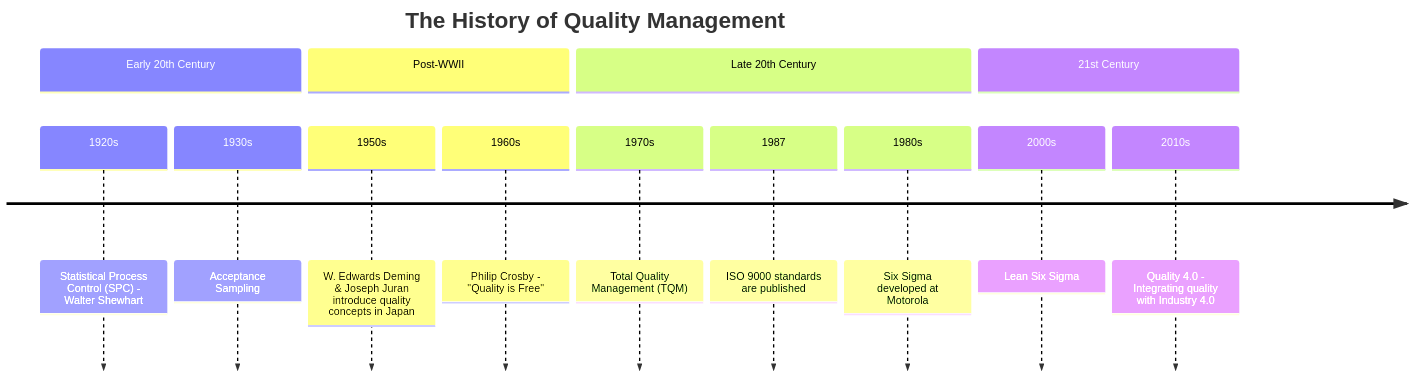
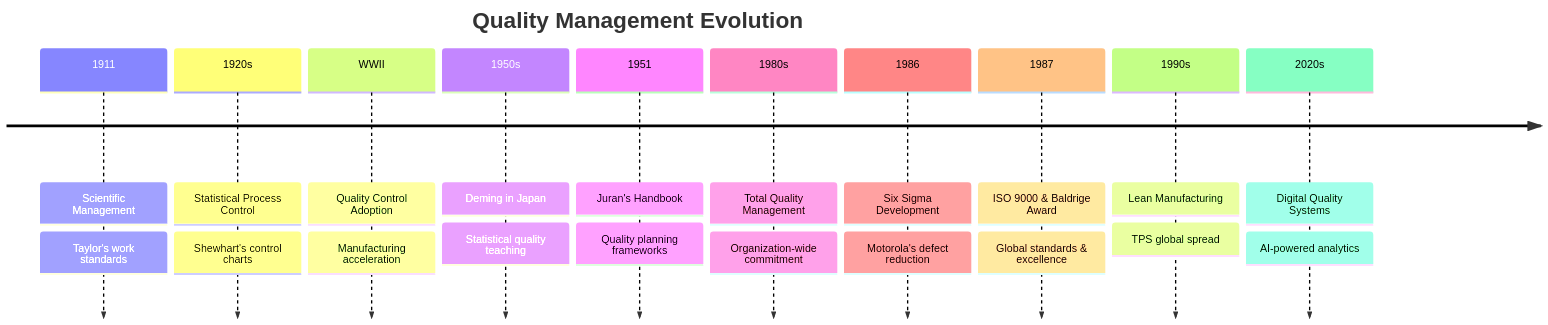
Before and after one commit to elidepb/mermaid_corpus: the diagram in timeline/Business and Administration/markdowns/277_quality_management.md, drawn with Mermaid. The commit also changed 3129 other files, not shown here.

````diff
--- a/timeline/Business and Administration/markdowns/277_quality_management.md
+++ b/timeline/Business and Administration/markdowns/277_quality_management.md
@@ -1,17 +1,24 @@
 ```mermaid
 timeline
-    title The History of Quality Management
-    section Early 20th Century
-        1920s : Statistical Process Control (SPC) - Walter Shewhart
-        1930s : Acceptance Sampling
-    section Post-WWII
-        1950s : W. Edwards Deming & Joseph Juran introduce quality concepts in Japan
-        1960s : Philip Crosby - "Quality is Free"
-    section Late 20th Century
-        1970s : Total Quality Management (TQM)
-        1987 : ISO 9000 standards are published
-        1980s : Six Sigma developed at Motorola
-    section 21st Century
-        2000s : Lean Six Sigma
-        2010s : Quality 4.0 - Integrating quality with Industry 4.0
+    title Quality Management Evolution
+    1911 : Scientific Management
+         : Taylor's work standards
+    1920s : Statistical Process Control
+          : Shewhart's control charts
+    WWII : Quality Control Adoption
+         : Manufacturing acceleration
+    1950s : Deming in Japan
+          : Statistical quality teaching
+    1951 : Juran's Handbook
+         : Quality planning frameworks
+    1980s : Total Quality Management
+          : Organization-wide commitment
+    1986 : Six Sigma Development
+         : Motorola's defect reduction
+    1987 : ISO 9000 & Baldrige Award
+         : Global standards & excellence
+    1990s : Lean Manufacturing
+          : TPS global spread
+    2020s : Digital Quality Systems
+          : AI-powered analytics
 ```
````
